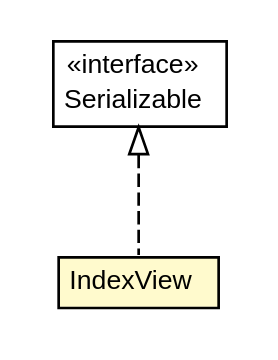
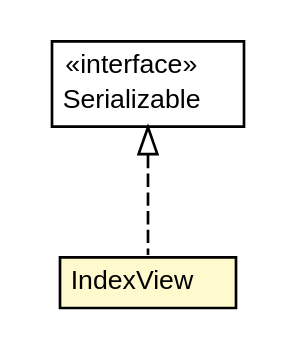
Before and after one commit to trajano/doxdb: the diagram in doxdb-rest/apidocs/net/trajano/doxdb/IndexView.dot, drawn with Graphviz. The commit also changed 313 other files, not shown here.

```diff
--- a/doxdb-rest/apidocs/net/trajano/doxdb/IndexView.dot
+++ b/doxdb-rest/apidocs/net/trajano/doxdb/IndexView.dot
@@ -1,27 +1,27 @@
 #!/usr/local/bin/dot
 #
 # Class diagram 
 # Generated by UMLGraph version R5_6-24-gf6e263 (http://www.umlgraph.org/)
 #
 
 digraph G {
-	edge [fontname="arial",fontsize=10,labelfontname="arial",labelfontsize=10];
-	node [fontname="arial",fontsize=10,shape=plaintext];
+	edge [fontname="Helvetica",fontsize=10,labelfontname="Helvetica",labelfontsize=10];
+	node [fontname="Helvetica",fontsize=10,shape=plaintext];
 	nodesep=0.25;
 	ranksep=0.5;
 	// net.trajano.doxdb.IndexView
-	c1206 [label=<<table title="net.trajano.doxdb.IndexView" border="0" cellborder="1" cellspacing="0" cellpadding="2" port="p" bgcolor="lemonChiffon" href="./IndexView.html">
+	c1208 [label=<<table title="net.trajano.doxdb.IndexView" border="0" cellborder="1" cellspacing="0" cellpadding="2" port="p" bgcolor="lemonChiffon" href="./IndexView.html">
 		<tr><td><table border="0" cellspacing="0" cellpadding="1">
 <tr><td align="center" balign="center"> IndexView </td></tr>
 		</table></td></tr>
-		</table>>, URL="./IndexView.html", fontname="arial", fontcolor="black", fontsize=10.0];
+		</table>>, URL="./IndexView.html", fontname="Helvetica", fontcolor="black", fontsize=10.0];
 	//net.trajano.doxdb.IndexView implements java.io.Serializable
-	c1240:p -> c1206:p [dir=back,arrowtail=empty,style=dashed];
+	c1240:p -> c1208:p [dir=back,arrowtail=empty,style=dashed];
 	// java.io.Serializable
 	c1240 [label=<<table title="java.io.Serializable" border="0" cellborder="1" cellspacing="0" cellpadding="2" port="p" href="http://java.sun.com/j2se/1.4.2/docs/api/java/io/Serializable.html">
 		<tr><td><table border="0" cellspacing="0" cellpadding="1">
 <tr><td align="center" balign="center"> &#171;interface&#187; </td></tr>
 <tr><td align="center" balign="center"> Serializable </td></tr>
 		</table></td></tr>
-		</table>>, URL="http://java.sun.com/j2se/1.4.2/docs/api/java/io/Serializable.html", fontname="arial", fontcolor="black", fontsize=10.0];
+		</table>>, URL="http://java.sun.com/j2se/1.4.2/docs/api/java/io/Serializable.html", fontname="Helvetica", fontcolor="black", fontsize=10.0];
 }
```
